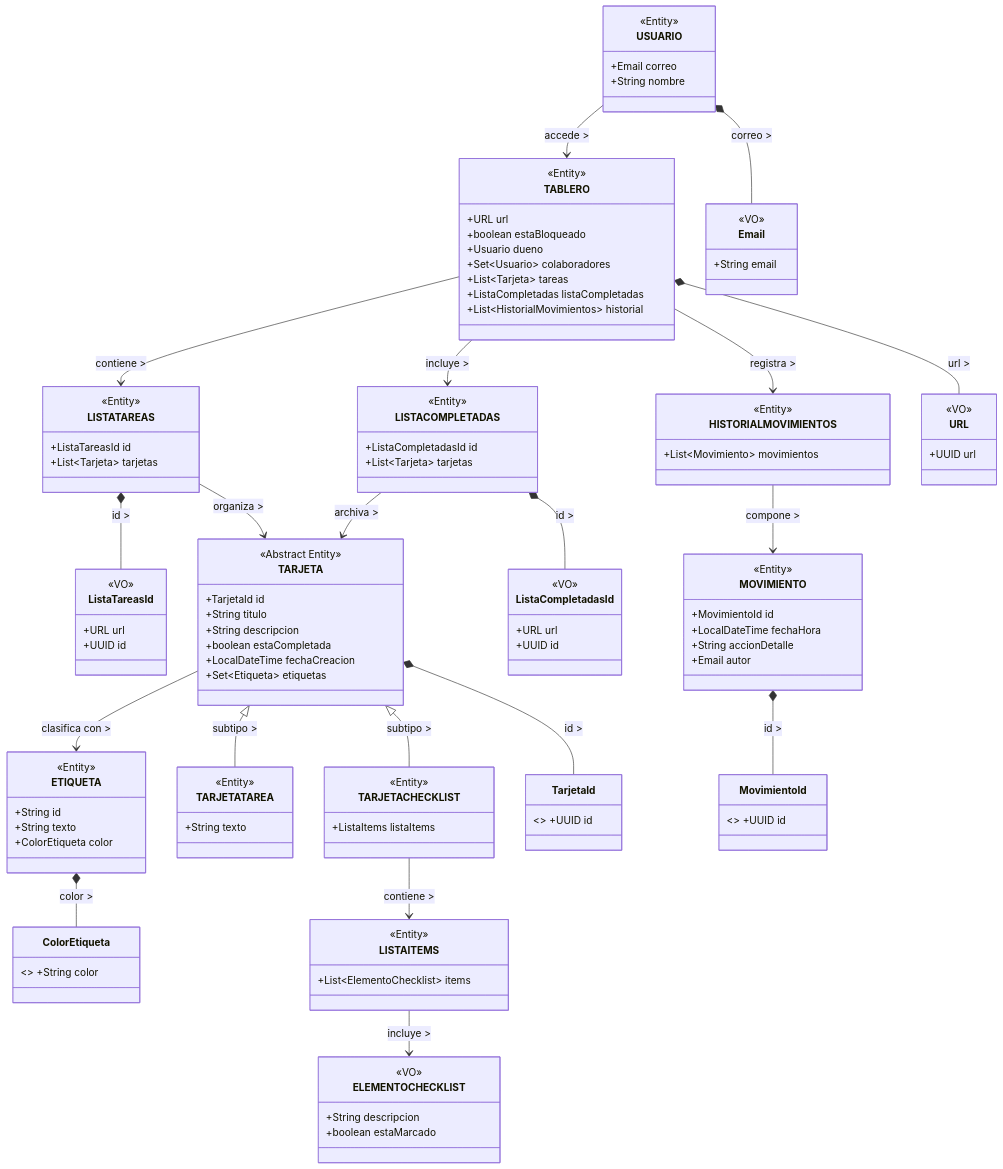
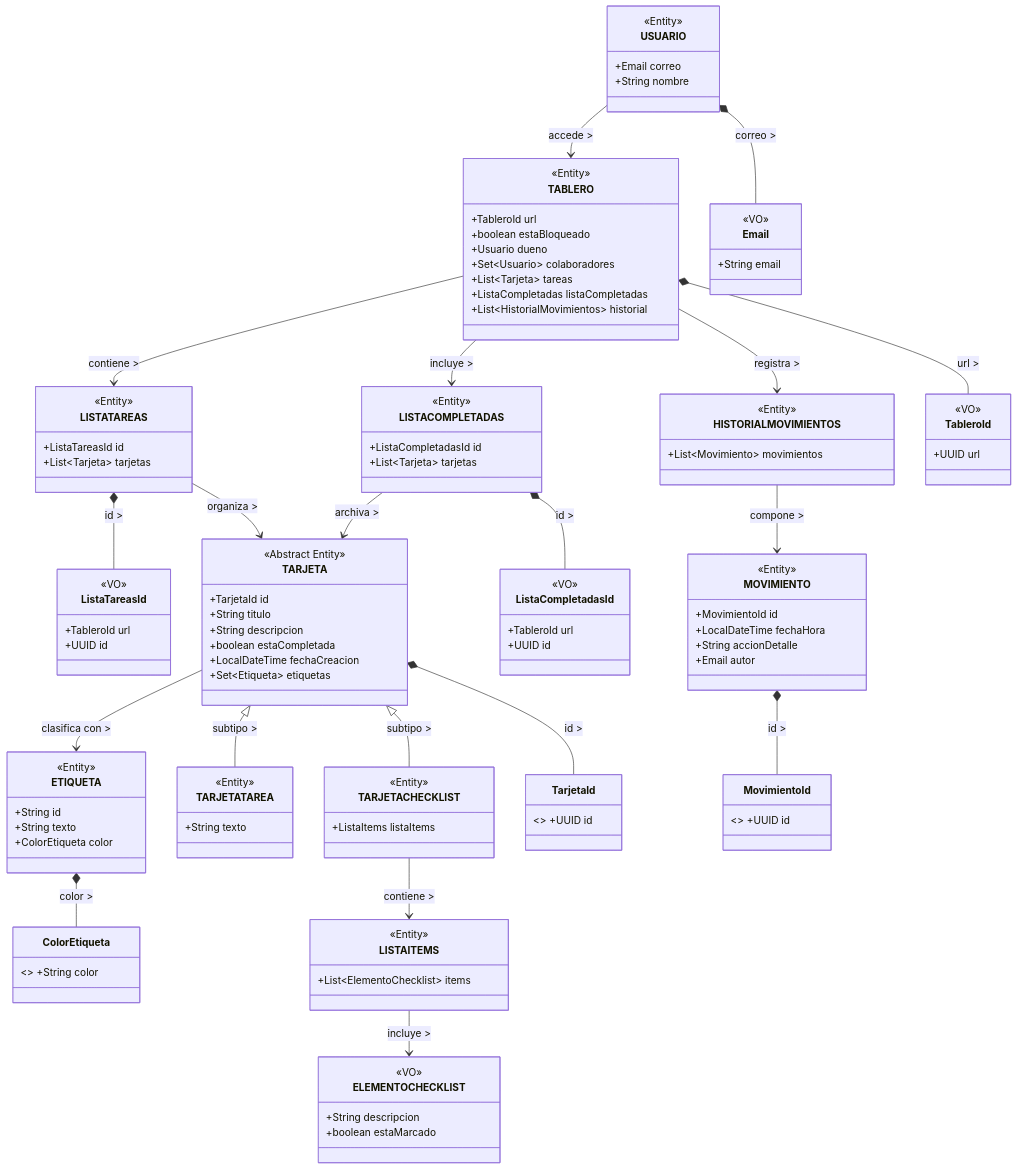
The diagram in docs/DDDLO.md (HCalipo/PDS), drawn with Mermaid before and after one commit.

Commit message:
DOC - URL --> TableroId

```diff
--- a/docs/DDDLO.md
+++ b/docs/DDDLO.md
@@ -40,7 +40,7 @@
 
     class TABLERO {
       <<Entity>>
-      +URL url
+      +TableroId url
       +boolean estaBloqueado
       +Usuario dueno
       +Set~Usuario~ colaboradores
@@ -57,7 +57,7 @@
 
     class ListaTareasId {
       <<VO>>
-      +URL url
+      +TableroId url
       +UUID id
     }
 
@@ -123,14 +123,14 @@
       +String email
     }
 
-    class URL {
+    class TableroId {
       <<VO>>
       +UUID url
     }
 
     class ListaCompletadasId {
       <<VO>>
-      +URL url
+      +TableroId url
       +UUID id
     }
     class TarjetaId { <<VO>> +UUID id }
@@ -157,7 +157,7 @@
     LISTAITEMS --> ELEMENTOCHECKLIST : incluye >
 
     USUARIO *-- Email : correo >
-    TABLERO *-- URL : url >
+    TABLERO *-- TableroId : url >
     LISTACOMPLETADAS *-- ListaCompletadasId : id >
     TARJETA *-- TarjetaId : id >
     MOVIMIENTO *-- MovimientoId : id >
```
